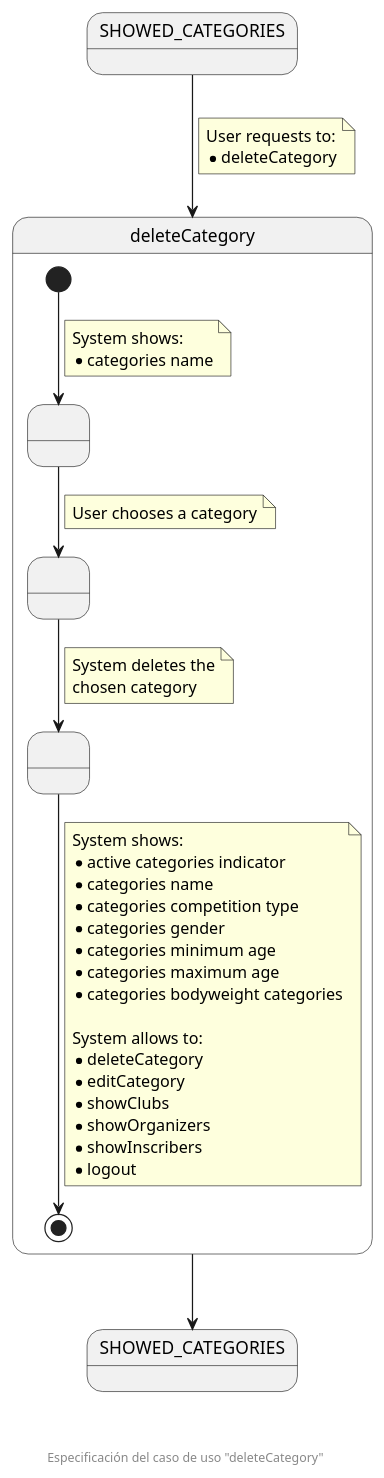
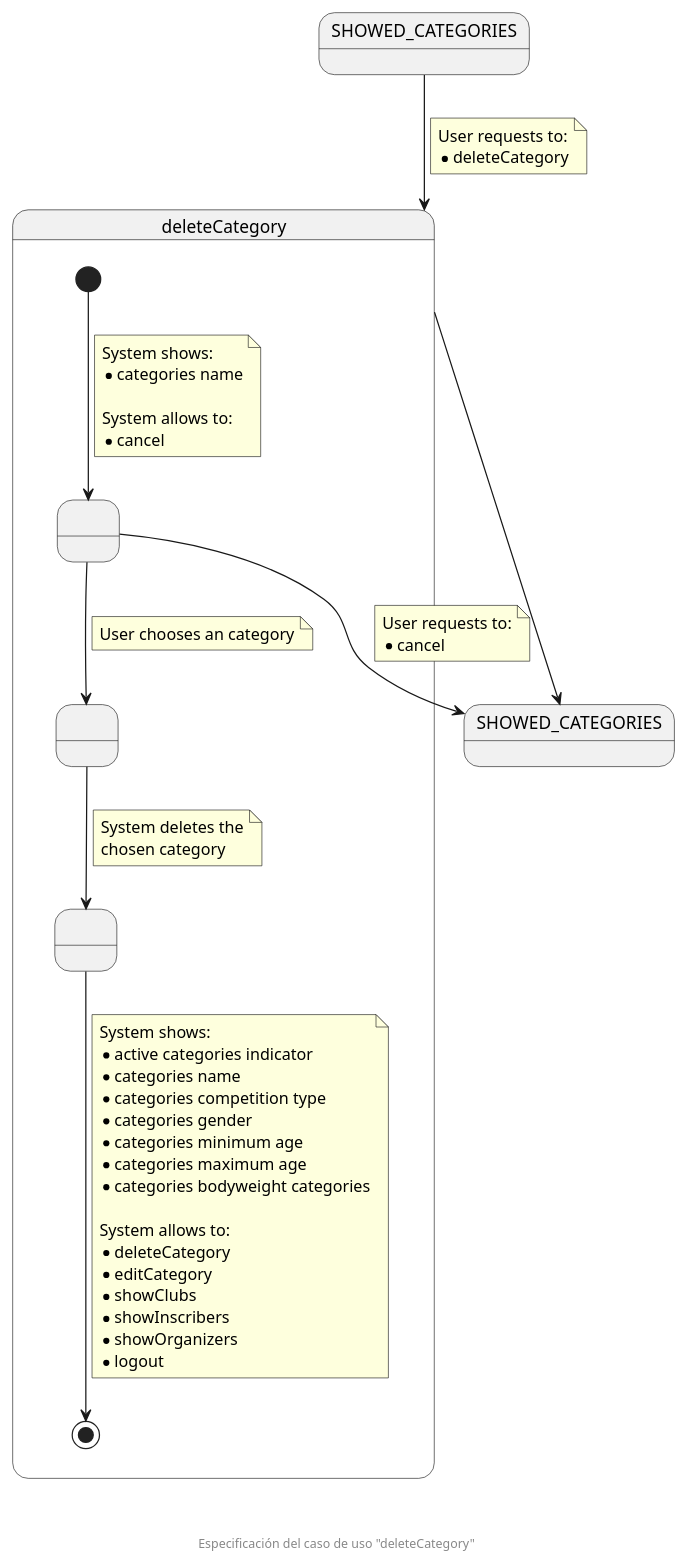
One commit to zuldare/mastercloud_pfm_halterocms changed the diagram in documentation/diagrams/1_requirements/3_useCasesSpecification/organizationSecretary/02_deleteCategory.puml. Above: the diagram before and after it, drawn with PlantUML.

Commit message:
Add ability to cancel

```diff
--- a/documentation/diagrams/1_requirements/3_useCasesSpecification/organizationSecretary/02_deleteCategory.puml
+++ b/documentation/diagrams/1_requirements/3_useCasesSpecification/organizationSecretary/02_deleteCategory.puml
@@ -1,58 +1,65 @@
 @startuml
 state SHOWED_CATEGORIES
-
+state "SHOWED_CATEGORIES" as SHOWED_CATEGORIES_F
 state deleteCategory {
   state " " as SHOWED_CATEGORIES_TO_BE_DELETED
   state " " as CHOSEN_CATEGORY
   state " " as CATEGORY_DELETED
 
   [*] --> SHOWED_CATEGORIES_TO_BE_DELETED
   note on link
     System shows:
     * categories name
+
+    System allows to:
+    * cancel
   end note
   
   SHOWED_CATEGORIES_TO_BE_DELETED --> CHOSEN_CATEGORY
   note on link
-    User chooses a category
+    User chooses an category
+  end note
+
+  SHOWED_CATEGORIES_TO_BE_DELETED --> SHOWED_CATEGORIES_F
+  note on link
+    User requests to:
+    * cancel
   end note
 
   CHOSEN_CATEGORY --> CATEGORY_DELETED
   note on link
     System deletes the
     chosen category
   end note
 
   CATEGORY_DELETED --> [*]
   note on link
     System shows:
     * active categories indicator
     * categories name
     * categories competition type
     * categories gender
     * categories minimum age
     * categories maximum age
     * categories bodyweight categories
 
     System allows to:
     * deleteCategory
     * editCategory
     * showClubs
+    * showInscribers
     * showOrganizers
-    * showInscribers
     * logout
   end note
 }
-
-state "SHOWED_CATEGORIES" as SHOWED_CATEGORIES_F
 
 SHOWED_CATEGORIES --> deleteCategory
 note on link
   User requests to:
   * deleteCategory
 end note
 
 deleteCategory --> SHOWED_CATEGORIES_F
 
 footer \n\n\n Especificación del caso de uso "deleteCategory"
 @enduml
```
